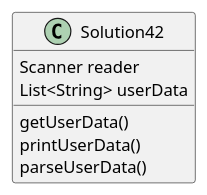
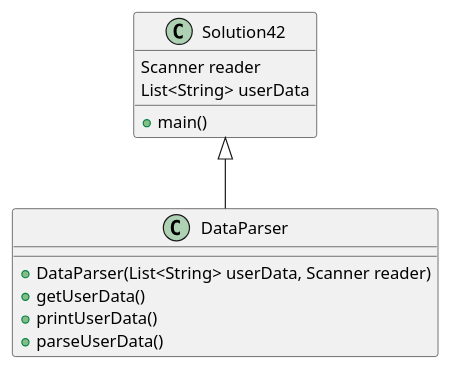
One commit to RandyRoberts99/roberts-a04 changed the diagram in exercise42/docs/Solution42Diagram.puml. Above: the diagram before and after it, drawn with PlantUML. The commit also changed 5 other files, not shown here.

```diff
--- a/exercise42/docs/Solution42Diagram.puml
+++ b/exercise42/docs/Solution42Diagram.puml
@@ -1,12 +1,18 @@
 @startuml
 'https://plantuml.com/class-diagram
 
-class Solution42 {
-Scanner reader
-List<String> userData
-
-getUserData()
-printUserData()
-parseUserData()
+class Solution42
+{
+    Scanner reader
+    List<String> userData
+    +main()
 }
+class DataParser
+{
+    +DataParser(List<String> userData, Scanner reader)
+    +getUserData()
+    +printUserData()
+    +parseUserData()
+}
+Solution42 <|-- DataParser
 @enduml
```
